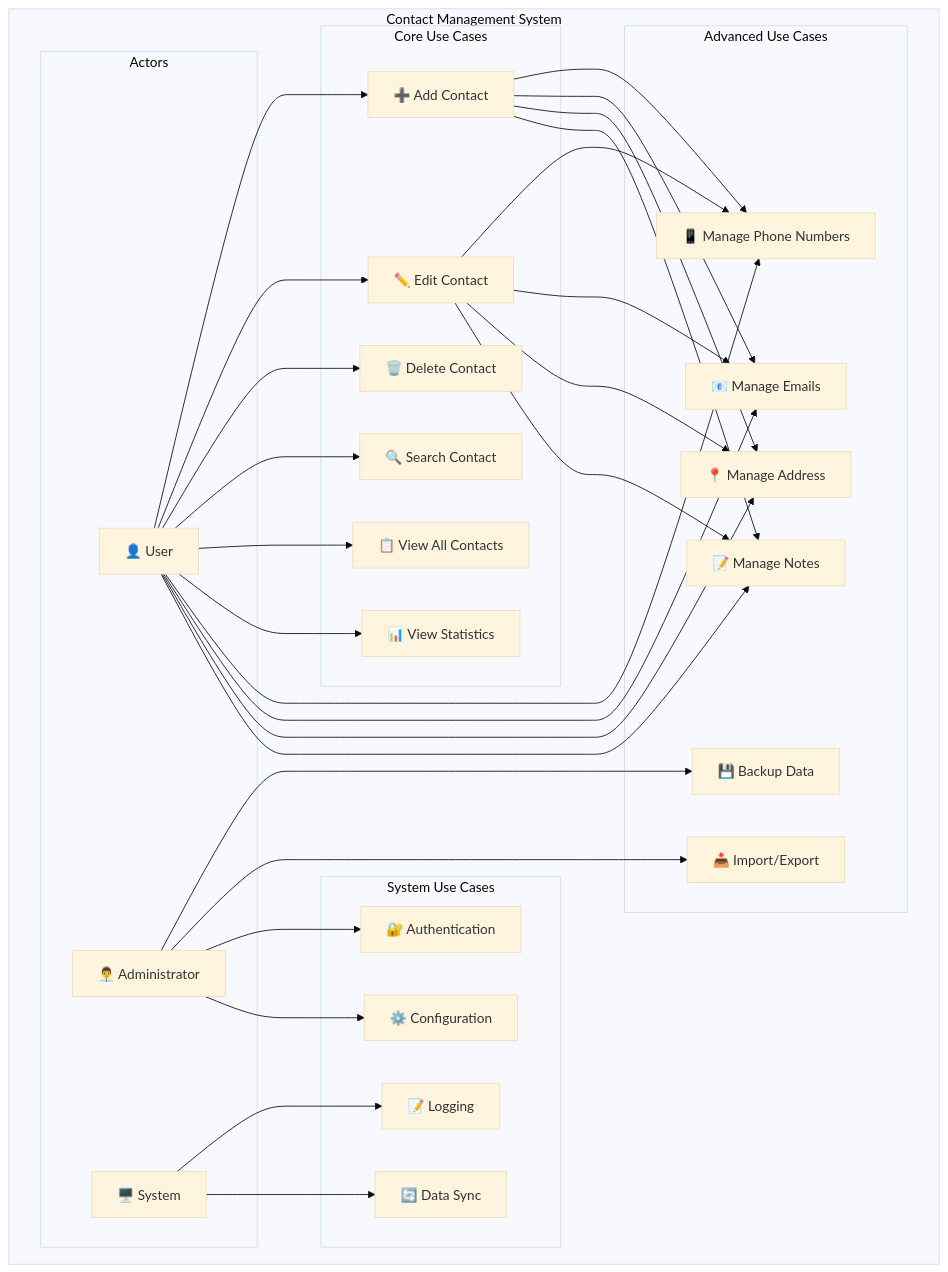
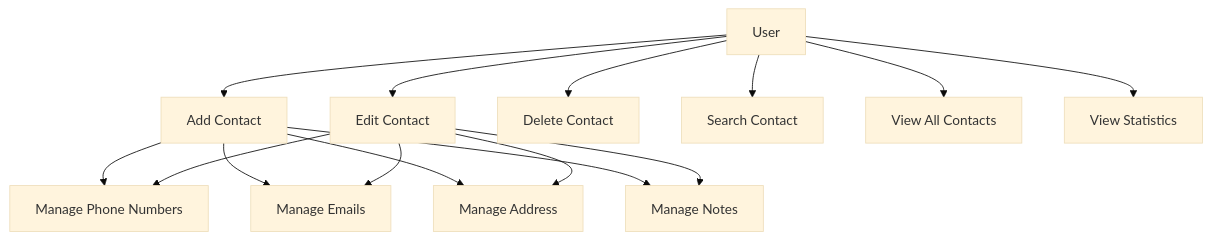
The sixth of 13 diagrams in UML_DIAGRAMS.md (TaiLoiZzzz/DSA_PROJECT), drawn with Mermaid (base theme) before and after one commit. The commit also changed other lines of this file, not shown here.

````diff
--- a/UML_DIAGRAMS.md
+++ b/UML_DIAGRAMS.md
@@ -330,63 +307,32 @@
 ```mermaid
 graph TB
-    subgraph "Contact Management System"
-        subgraph "Actors"
-            User[👤 User]
-            Admin[👨‍💼 Administrator]
-            System[🖥️ System]
-        end
-        
-        subgraph "Core Use Cases"
-            UC1[➕ Add Contact]
-            UC2[✏️ Edit Contact]
-            UC3[🗑️ Delete Contact]
-            UC4[🔍 Search Contact]
-            UC5[📋 View All Contacts]
-            UC6[📊 View Statistics]
-        end
-        
-        subgraph "Advanced Use Cases"
-            UC7[📱 Manage Phone Numbers]
-            UC8[📧 Manage Emails]
-            UC9[📍 Manage Address]
-            UC10[📝 Manage Notes]
-            UC11[💾 Backup Data]
-            UC12[📥 Import/Export]
-        end
-        
-        subgraph "System Use Cases"
-            UC13[🔐 Authentication]
-            UC14[📝 Logging]
-            UC15[⚙️ Configuration]
-            UC16[🔄 Data Sync]
-        end
-    end
-    
+    %% Only real actor and use cases from code
+    User[User]
+
+    UC1[Add Contact]
+    UC2[Edit Contact]
+    UC3[Delete Contact]
+    UC4[Search Contact]
+    UC5[View All Contacts]
+    UC6[View Statistics]
+    UC7[Manage Phone Numbers]
+    UC8[Manage Emails]
+    UC9[Manage Address]
+    UC10[Manage Notes]
+
     User --> UC1
     User --> UC2
     User --> UC3
     User --> UC4
     User --> UC5
     User --> UC6
-    User --> UC7
-    User --> UC8
-    User --> UC9
-    User --> UC10
-    
-    Admin --> UC11
-    Admin --> UC12
-    Admin --> UC13
-    Admin --> UC15
-    
-    System --> UC14
-    System --> UC16
-    
+
     UC1 --> UC7
     UC1 --> UC8
     UC1 --> UC9
     UC1 --> UC10
     UC2 --> UC7
     UC2 --> UC8
     UC2 --> UC9
     UC2 --> UC10
 ```
````
